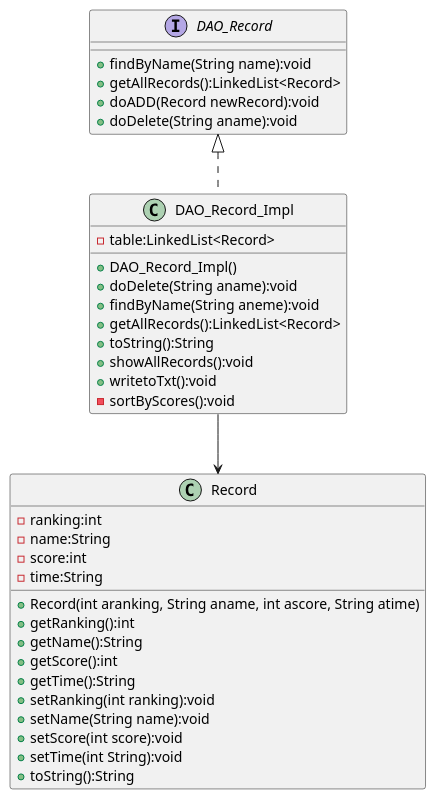
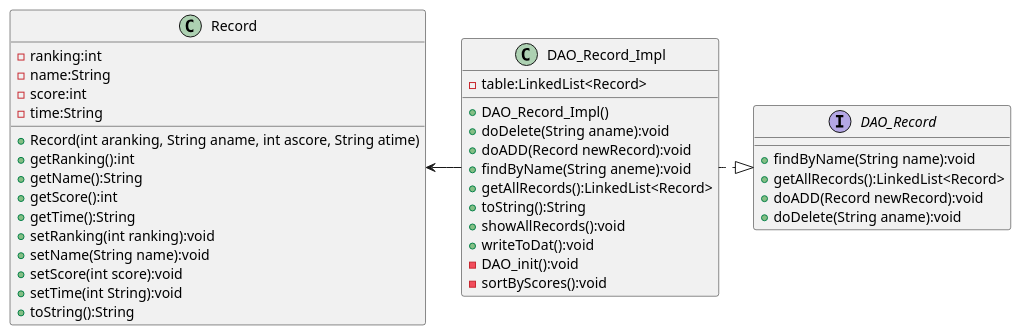
One commit to HanFayeDD/AirWar changed the diagram in PlantUML_exp4/DAO模式.pu. Above: the diagram before and after it, drawn with PlantUML. The commit also changed 4 other files, not shown here.

```diff
--- a/PlantUML_exp4/DAO模式.pu
+++ b/PlantUML_exp4/DAO模式.pu
@@ -1,43 +1,45 @@
 @startuml newuml
 interface DAO_Record{
     + findByName(String name):void
     + getAllRecords():LinkedList<Record>
     + doADD(Record newRecord):void
     + doDelete(String aname):void
 }
 
 class DAO_Record_Impl{
     - table:LinkedList<Record>
 
     + DAO_Record_Impl()
     + doDelete(String aname):void
+    + doADD(Record newRecord):void
     + findByName(String aneme):void
     + getAllRecords():LinkedList<Record>
     + toString():String
     + showAllRecords():void
-    + writetoTxt():void
+    + writeToDat():void
+    - DAO_init():void
     - sortByScores():void
 }
 
 class Record{
     - ranking:int
     - name:String
     - score:int
     - time:String
 
     + Record(int aranking, String aname, int ascore, String atime)
     + getRanking():int
     + getName():String
     + getScore():int
     + getTime():String
     + setRanking(int ranking):void
     + setName(String name):void
     + setScore(int score):void
     + setTime(int String):void
     + toString():String
 }
 
-DAO_Record <|.. DAO_Record_Impl
-DAO_Record_Impl --> Record
+DAO_Record <|.left. DAO_Record_Impl
+DAO_Record_Impl -left-> Record
 
 @enduml
```
